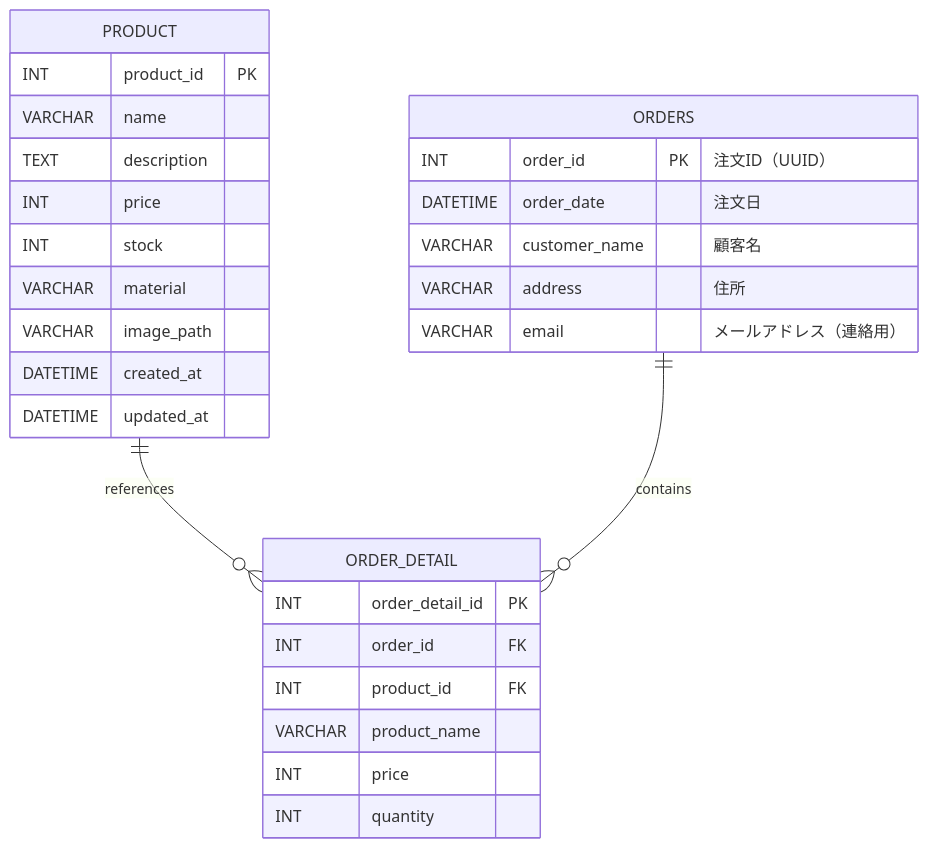
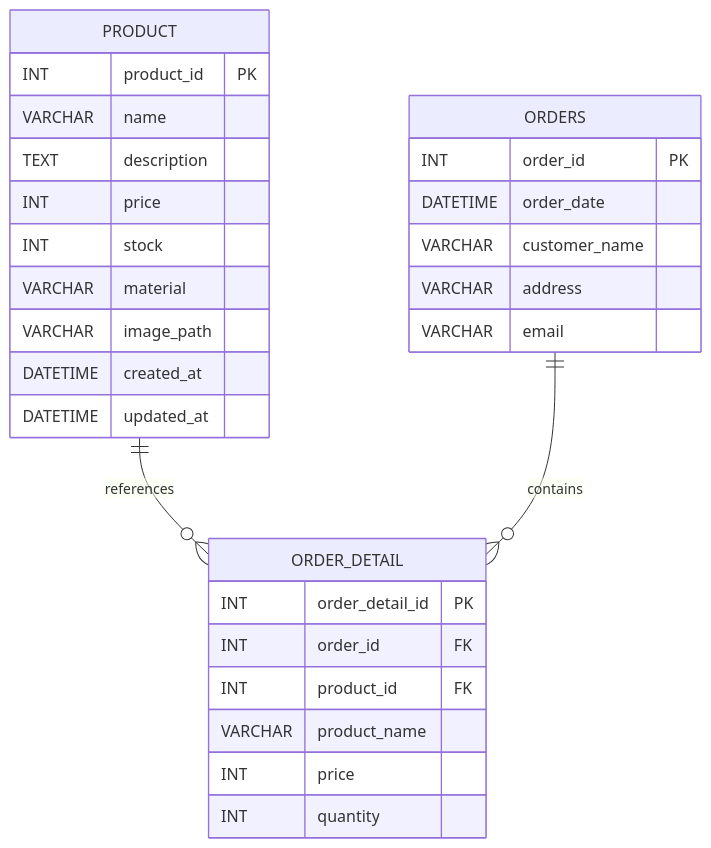
Diagram 11 of 12 in 詳細設計/詳細設計書.md (natsumiumeda/Jobs), drawn with Mermaid before and after one commit.

Commit message:
消した

```diff
--- a/詳細設計/詳細設計書.md
+++ b/詳細設計/詳細設計書.md
@@ -1026,35 +1026,35 @@
 <div class="mermaid">
 erDiagram
 
   PRODUCT {
     INT product_id PK 
     VARCHAR name 
     TEXT description 
     INT price 
     INT stock 
     VARCHAR material 
     VARCHAR image_path 
     DATETIME created_at 
     DATETIME updated_at 
   }
 
     ORDERS {
-        INT order_id PK "注文ID（UUID）"
-        DATETIME order_date "注文日"
-        VARCHAR customer_name "顧客名"
-        VARCHAR address "住所"
-        VARCHAR email "メールアドレス（連絡用）"
+        INT order_id PK 
+        DATETIME order_date 
+        VARCHAR customer_name 
+        VARCHAR address 
+        VARCHAR email 
     }
 
   ORDER_DETAIL {
     INT order_detail_id PK 
     INT order_id FK 
     INT product_id FK 
     VARCHAR product_name 
     INT price 
     INT quantity 
   }
 
   PRODUCT ||--o{ ORDER_DETAIL : "references"
   ORDERS ||--o{ ORDER_DETAIL : "contains"
   </div>
```
